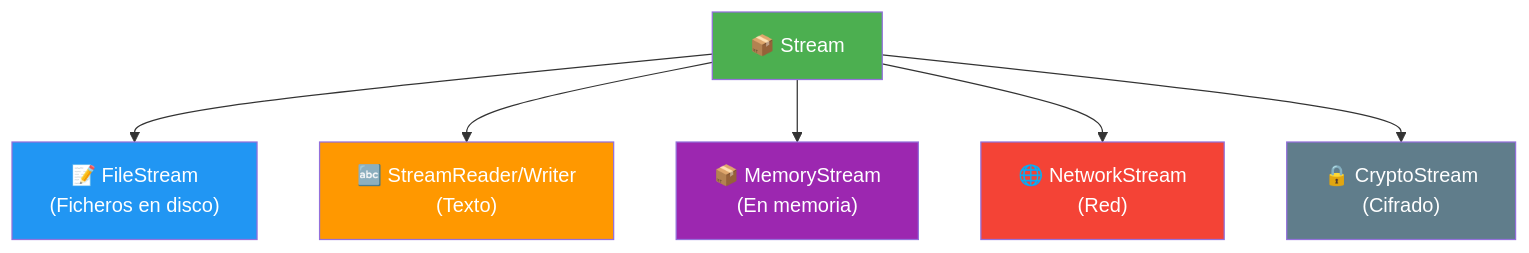
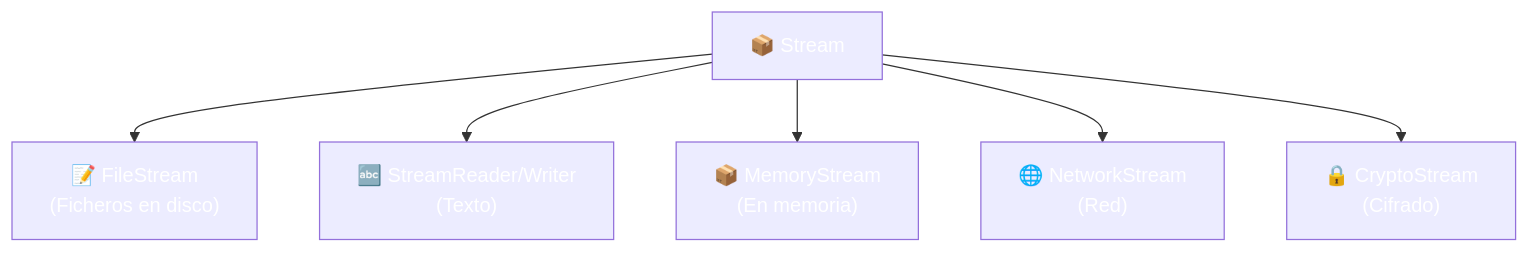
One commit to joseluisgs/DesarrolloWebEntornosServidor-01-2026-2027 changed the first of 2 diagrams in 14-ficheros-formatos.md. Above: the diagram before and after it, drawn with Mermaid. The commit also changed other lines of this file and 66 other files, not shown here.

First line of the commit message:
fix: normalizar titulos al castellano de frase y corregir la paleta de mermaid

````diff
--- a/14-ficheros-formatos.md
+++ b/14-ficheros-formatos.md
@@ -206,15 +206,15 @@
 ```mermaid
 graph TD
     A["📦 Stream"] --> B["📝 FileStream<br/>(Ficheros en disco)"]
     A --> C["🔤 StreamReader/Writer<br/>(Texto)"]
     A --> D["📦 MemoryStream<br/>(En memoria)"]
     A --> E["🌐 NetworkStream<br/>(Red)"]
     A --> F["🔒 CryptoStream<br/>(Cifrado)"]
 
-    style A fill:#4CAF50,color:#fff
-    style B fill:#2196F3,color:#fff
-    style C fill:#FF9800,color:#fff
-    style D fill:#9C27B0,color:#fff
-    style E fill:#f44336,color:#fff
-    style F fill:#607D8B,color:#fff
+    style A fill:#4CAF5,color:#fff0,color:#fff
+    style B fill:#2196F,color:#fff3,color:#fff
+    style C fill:#FF980,color:#fff0,color:#fff
+    style D fill:#9C27B,color:#fff0,color:#fff
+    style E fill:#f4433,color:#fff6,color:#fff
+    style F fill:#607D8,color:#fffB,color:#fff
 ```
````
